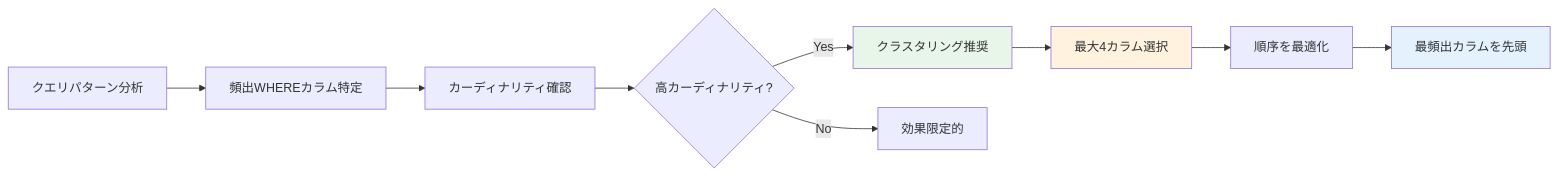
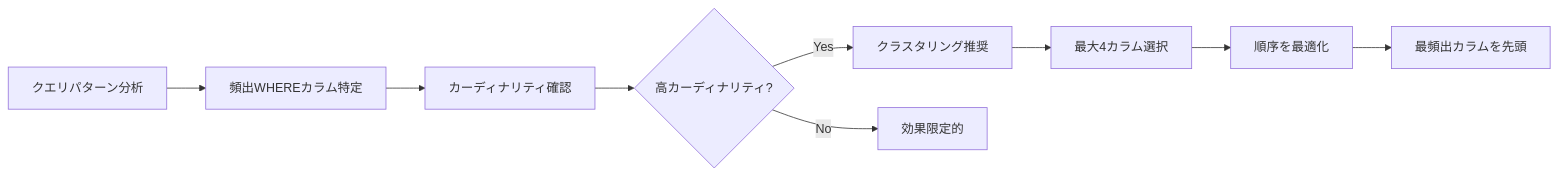
The eighth of 12 diagrams in content/Tech/dbt/categories/performance-optimization.md (1210yuichi0/1210yuichi0.github.io), drawn with Mermaid before and after one commit. The commit also changed other lines of this file and 22 other files, not shown here.

First line of the commit message:
style: remove Mermaid style directives for dark mode compatibility

````diff
--- a/content/Tech/dbt/categories/performance-optimization.md
+++ b/content/Tech/dbt/categories/performance-optimization.md
@@ -912,18 +889,15 @@
 ```mermaid
 flowchart LR
     A[クエリパターン分析] --> B[頻出WHEREカラム特定]
     B --> C[カーディナリティ確認]
 
     C --> D{高カーディナリティ?}
     D -->|Yes| E[クラスタリング推奨]
     D -->|No| F[効果限定的]
 
     E --> G[最大4カラム選択]
     G --> H[順序を最適化]
 
     H --> I[最頻出カラムを先頭]
 
-    style E fill:#e8f5e9
-    style G fill:#fff3e0
-    style I fill:#e3f2fd
 ```
````
